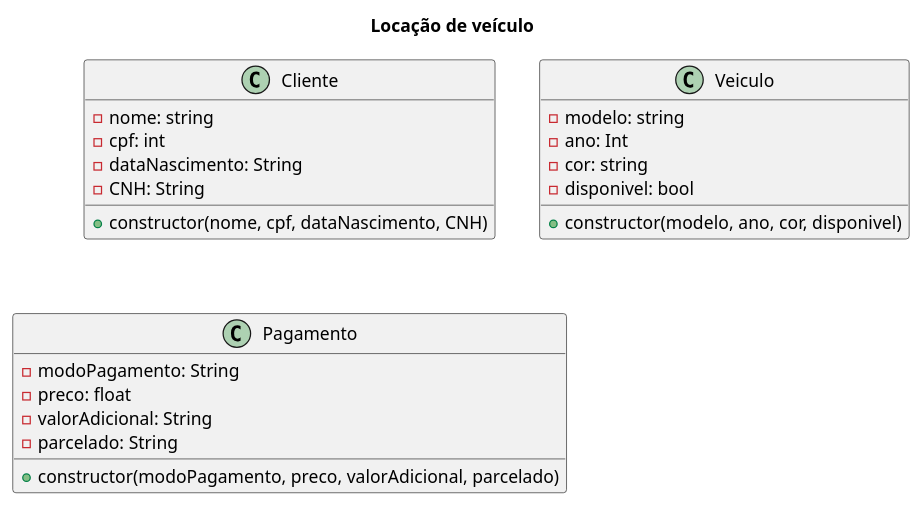
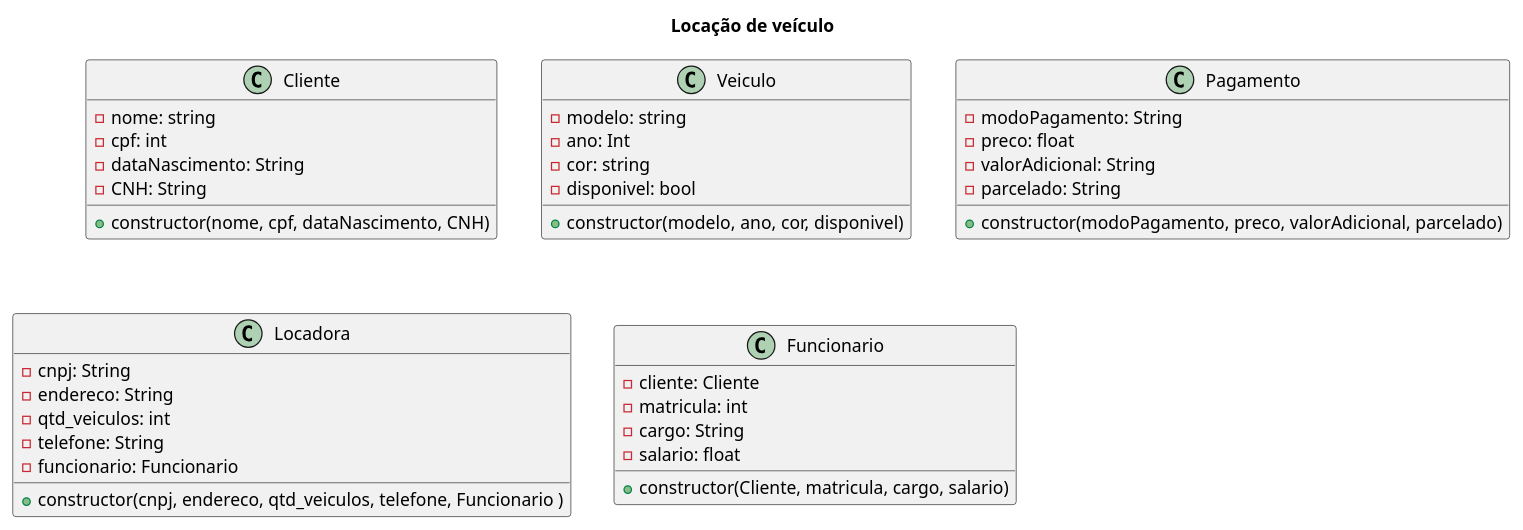
One commit to anleaes/2022-1-N2-POO-02 changed the diagram in modelo.plantuml. Above: the diagram before and after it, drawn with PlantUML.

Commit message:
Edicao do UML

```diff
--- a/modelo.plantuml
+++ b/modelo.plantuml
@@ -1,31 +1,49 @@
 @startuml Locacao de veículo
 
 title Locação de veículo
 
 class Cliente{
     - nome: string
     - cpf: int
     - dataNascimento: String
     - CNH: String
     + constructor(nome, cpf, dataNascimento, CNH)
 }
 
 class Veiculo{
     - modelo: string
     - ano: Int
     - cor: string
     - disponivel: bool
     + constructor(modelo, ano, cor, disponivel)
 }
 
 class Pagamento{
     - modoPagamento: String
     - preco: float
     - valorAdicional: String
     - parcelado: String
     + constructor(modoPagamento, preco, valorAdicional, parcelado)
 }
 
+class Locadora{
+    - cnpj: String
+    - endereco: String
+    - qtd_veiculos: int
+    - telefone: String
+    - funcionario: Funcionario
+    + constructor(cnpj, endereco, qtd_veiculos, telefone, Funcionario )
+}
+
+class Funcionario{
+    - cliente: Cliente
+    - matricula: int
+    - cargo: String
+    - salario: float
+    + constructor(Cliente, matricula, cargo, salario)
+
+}
+
 
 
 @enduml
```
